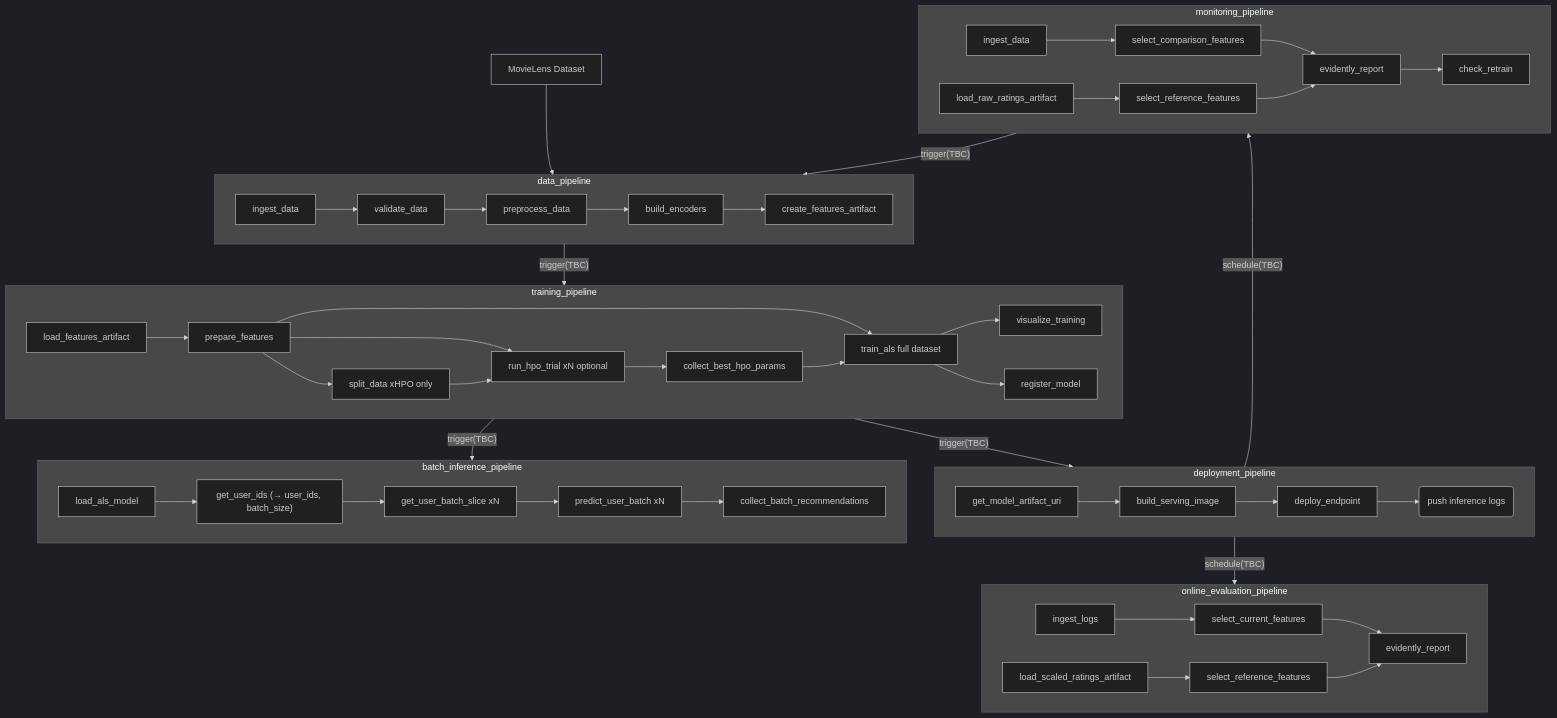
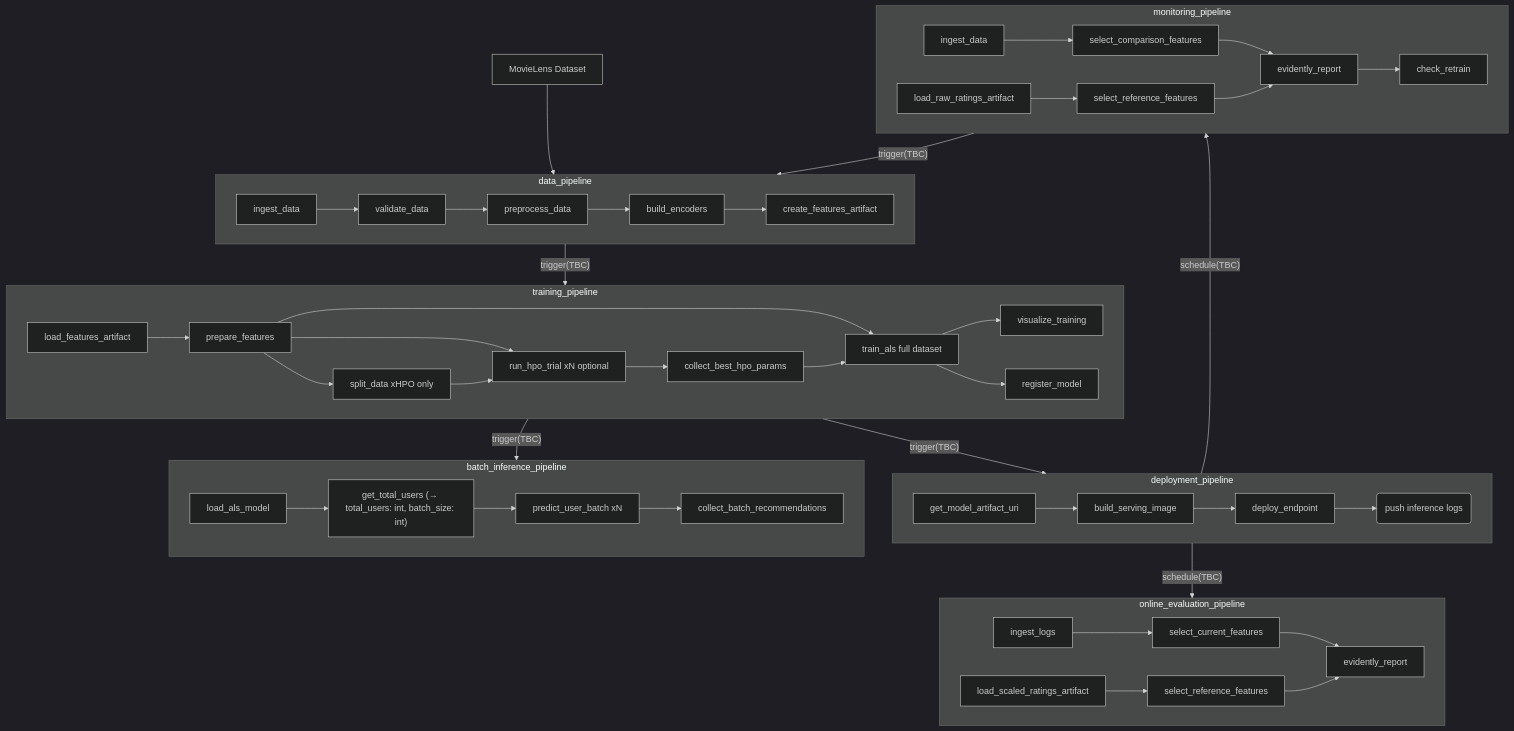
Before and after one commit to sagadana/zenml-mlops: the diagram in .agents/specs/wf_matrix_factorization.md, drawn with Mermaid (dark theme). The commit also changed other lines of this file and 8 other files, not shown here.

````diff
--- a/.agents/specs/wf_matrix_factorization.md
+++ b/.agents/specs/wf_matrix_factorization.md
@@ -19,51 +19,50 @@
 ```mermaid
 graph TD
 
     subgraph D[data_pipeline]
         D1[ingest_data] --> D2[validate_data] --> D2a[preprocess_data] --> D3[build_encoders] --> D4[create_features_artifact]
     end
 
     subgraph T[training_pipeline]
         T0[load_features_artifact] --> T1[prepare_features]
         T1 --> T5[run_hpo_trial xN optional]
         T1 --> T4[split_data xHPO only]
         T4 --> T5
         T5 --> T6[collect_best_hpo_params]
         T1 --> T7[train_als full dataset]
         T6 --> T7
         T7 --> T8[visualize_training]
         T7 --> T11[register_model]
     end
 
     subgraph BI[batch_inference_pipeline]
-        S1[load_als_model] --> S1a["get_user_ids (→ user_ids, batch_size)"]
-        S1a --> S2a[get_user_batch_slice xN]
-        S2a --> S2[predict_user_batch xN] --> S3[collect_batch_recommendations]
+        S1[load_als_model] --> S1a["get_total_users (→ total_users: int, batch_size: int)"]
+        S1a --> S2[predict_user_batch xN] --> S3[collect_batch_recommendations]
     end
 
     subgraph DP[deployment_pipeline]
         S4[get_model_artifact_uri] --> S5[build_serving_image] --> S6[deploy_endpoint] --> S6-a(push inference logs)
     end
 
     subgraph M[monitoring_pipeline]
         M1[load_raw_ratings_artifact] --> M1a[select_reference_features]
         M2[ingest_data] --> M2a[select_comparison_features] --> M3[evidently_report]
         M1a --> M3
         M3 --> M5[check_retrain]
     end
 
     subgraph OE[online_evaluation_pipeline]
         OE1[load_scaled_ratings_artifact] --> OE1a[select_reference_features]
         OE2[ingest_logs] --> OE2a[select_current_features] --> OE3[evidently_report]
         OE1a --> OE3
     end
 
     A[MovieLens Dataset] --> D
     D -->|"trigger(TBC)"| T
     T -->|"trigger(TBC)"| BI
     T -->|"trigger(TBC)"| DP
     DP -->|"schedule(TBC)"| M
     DP -->|"schedule(TBC)"| OE
     M -->|"trigger(TBC)"| D
 
 ```
````
